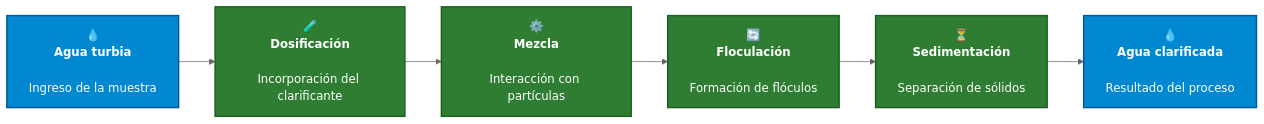
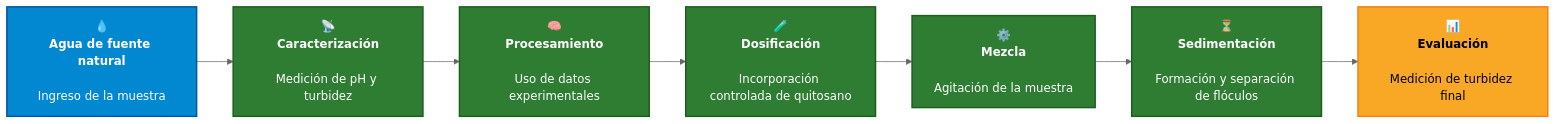
One commit to BeyondNate/PI_Equipo_05 changed the fourth of 5 diagrams in README.md. Above: the diagram before and after it, drawn with Mermaid (neutral theme). The commit also changed other lines of this file, not shown here.

````diff
--- a/README.md
+++ b/README.md
@@ -249,19 +253,21 @@
 ```mermaid
 flowchart LR
 
-    A["💧<br/><b>Agua turbia</b><br/><br/>Ingreso de la muestra"]
-    B["🧪<br/><b>Dosificación</b><br/><br/>Incorporación del clarificante"]
-    C["⚙️<br/><b>Mezcla</b><br/><br/>Interacción con partículas"]
-    D["🔄<br/><b>Floculación</b><br/><br/>Formación de flóculos"]
-    E["⏳<br/><b>Sedimentación</b><br/><br/>Separación de sólidos"]
-    F["💧<br/><b>Agua clarificada</b><br/><br/>Resultado del proceso"]
+    A["💧<br/><b>Agua de fuente natural</b><br/><br/>Ingreso de la muestra"]
+    B["📡<br/><b>Caracterización</b><br/><br/>Medición de pH y turbidez"]
+    C["🧠<br/><b>Procesamiento</b><br/><br/>Uso de datos experimentales"]
+    D["🧪<br/><b>Dosificación</b><br/><br/>Incorporación controlada de quitosano"]
+    E["⚙️<br/><b>Mezcla</b><br/><br/>Agitación de la muestra"]
+    F["⏳<br/><b>Sedimentación</b><br/><br/>Formación y separación de flóculos"]
+    G["📊<br/><b>Evaluación</b><br/><br/>Medición de turbidez final"]
 
-    A --> B --> C --> D --> E --> F
+    A --> B --> C --> D --> E --> F --> G
 
     classDef water fill:#0288D1,color:#FFFFFF,stroke:#01579B,stroke-width:2px;
     classDef process fill:#2E7D32,color:#FFFFFF,stroke:#1B5E20,stroke-width:2px;
-    classDef result fill:#00ACC1,color:#FFFFFF,stroke:#006064,stroke-width:2px;
+    classDef result fill:#F9A825,color:#000000,stroke:#F57F17,stroke-width:2px;
 
-    class A,F water;
-    class B,C,D,E process;
+    class A water;
+    class B,C,D,E,F process;
+    class G result;
 ```
````
